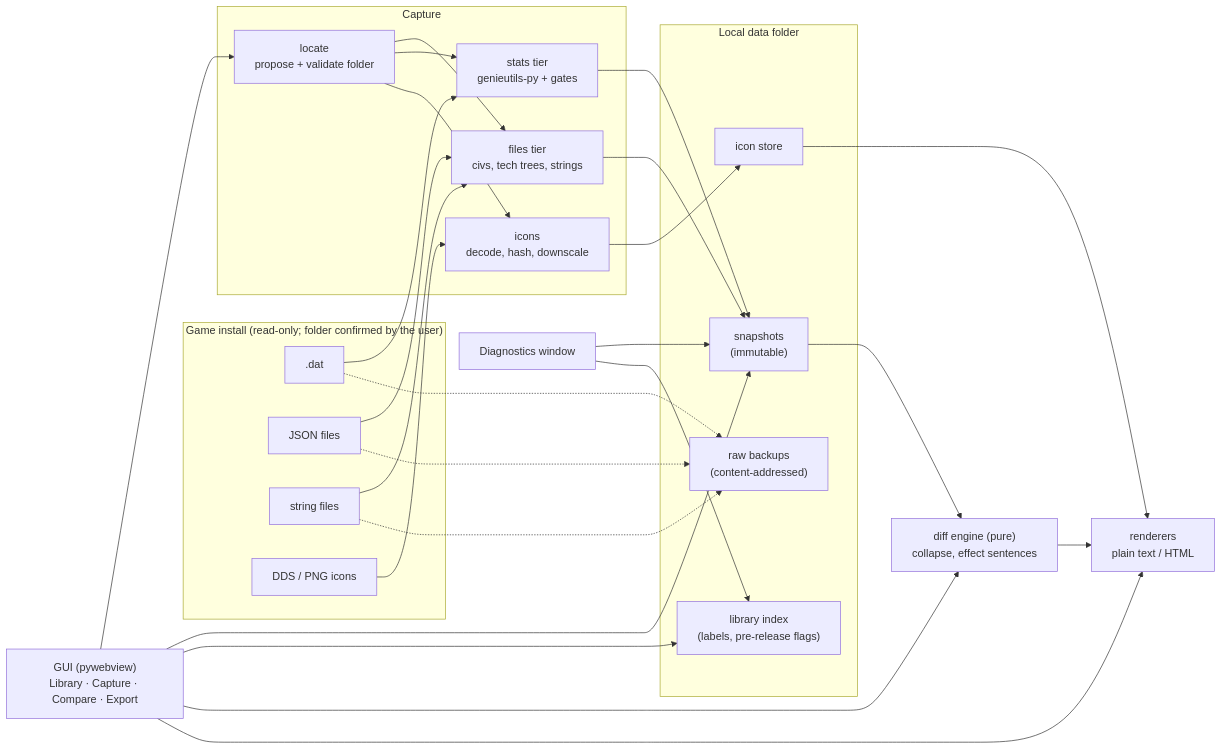
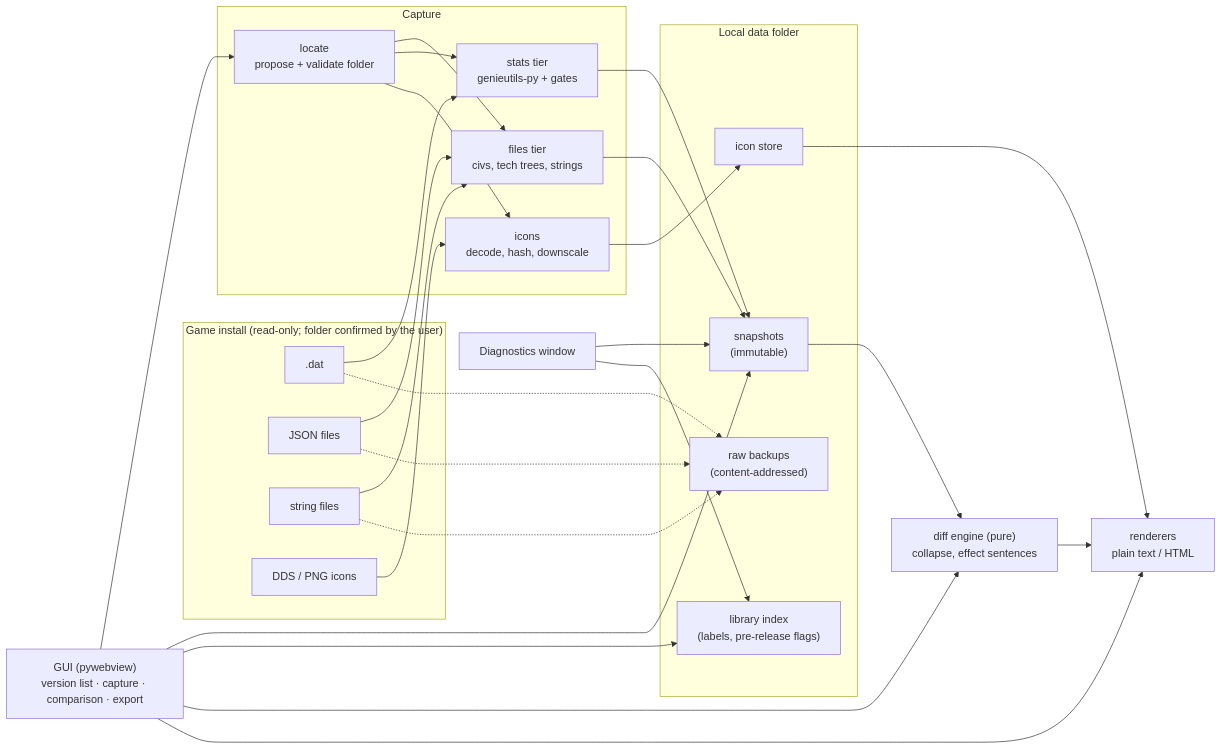
The first of 2 diagrams in docs/design/architecture.md (MiniWolskys/aoe2-patch-scout), drawn with Mermaid before and after one commit. The commit also changed other lines of this file and 8 other files, not shown here.

````diff
--- a/docs/design/architecture.md
+++ b/docs/design/architecture.md
@@ -9,41 +9,41 @@
 ```mermaid
 flowchart LR
     subgraph Game["Game install (read-only; folder confirmed by the user)"]
         DAT[".dat"]
         JSON["JSON files"]
         STR["string files"]
         DDS["DDS / PNG icons"]
     end
 
     subgraph Capture
         LOC["locate<br/>propose + validate folder"]
         FT["files tier<br/>civs, tech trees, strings"]
         ST["stats tier<br/>genieutils-py + gates"]
         IC["icons<br/>decode, hash, downscale"]
     end
 
     subgraph Store["Local data folder"]
         SNAP["snapshots<br/>(immutable)"]
         LIB["library index<br/>(labels, pre-release flags)"]
         ICS["icon store"]
         RAW["raw backups<br/>(content-addressed)"]
     end
 
     DIFF["diff engine (pure)<br/>collapse, effect sentences"]
     REP["renderers<br/>plain text / HTML"]
-    GUI["GUI (pywebview)<br/>Library · Capture · Compare · Export"]
+    GUI["GUI (pywebview)<br/>version list · capture · comparison · export"]
     DIAG["Diagnostics window"]
 
     LOC --> FT & ST & IC
     DAT --> ST
     JSON --> FT
     STR --> FT
     DDS --> IC
     FT & ST --> SNAP
     IC --> ICS
     DAT & JSON & STR -.-> RAW
     SNAP --> DIFF --> REP
     ICS --> REP
     GUI --> LOC & SNAP & LIB & DIFF & REP
     DIAG --> SNAP & LIB
 ```
````
